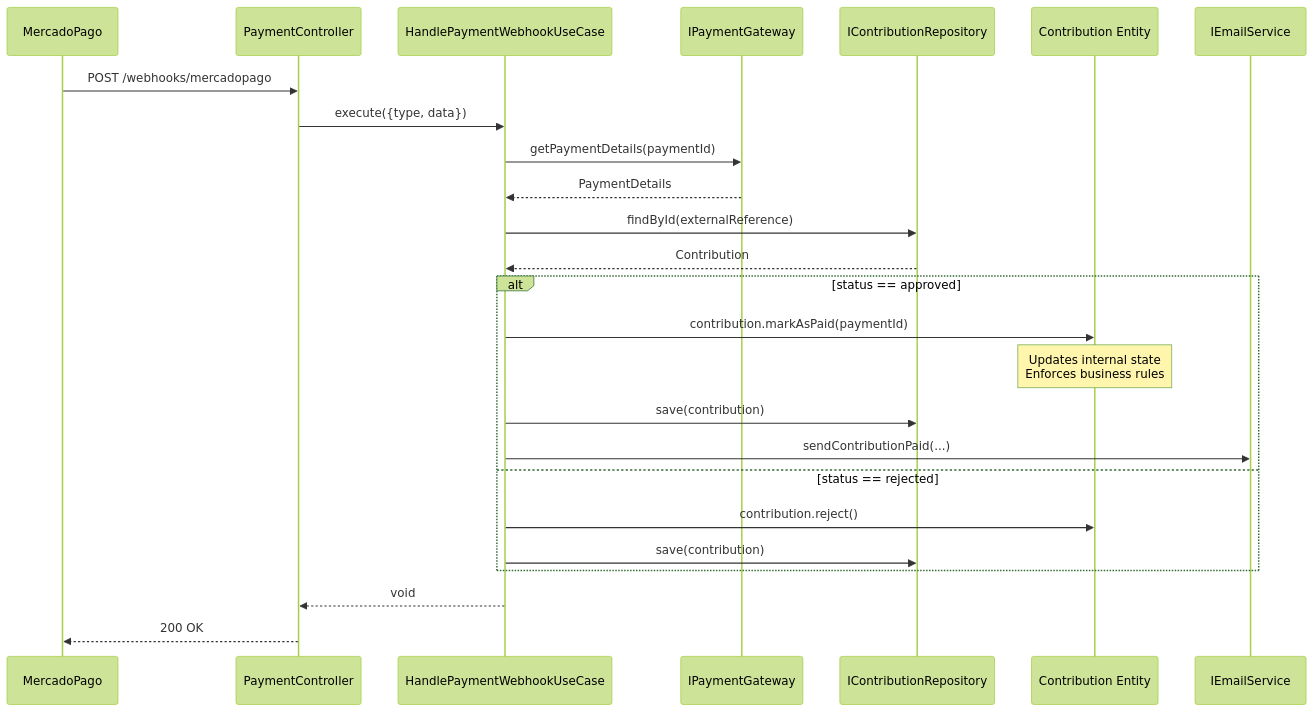
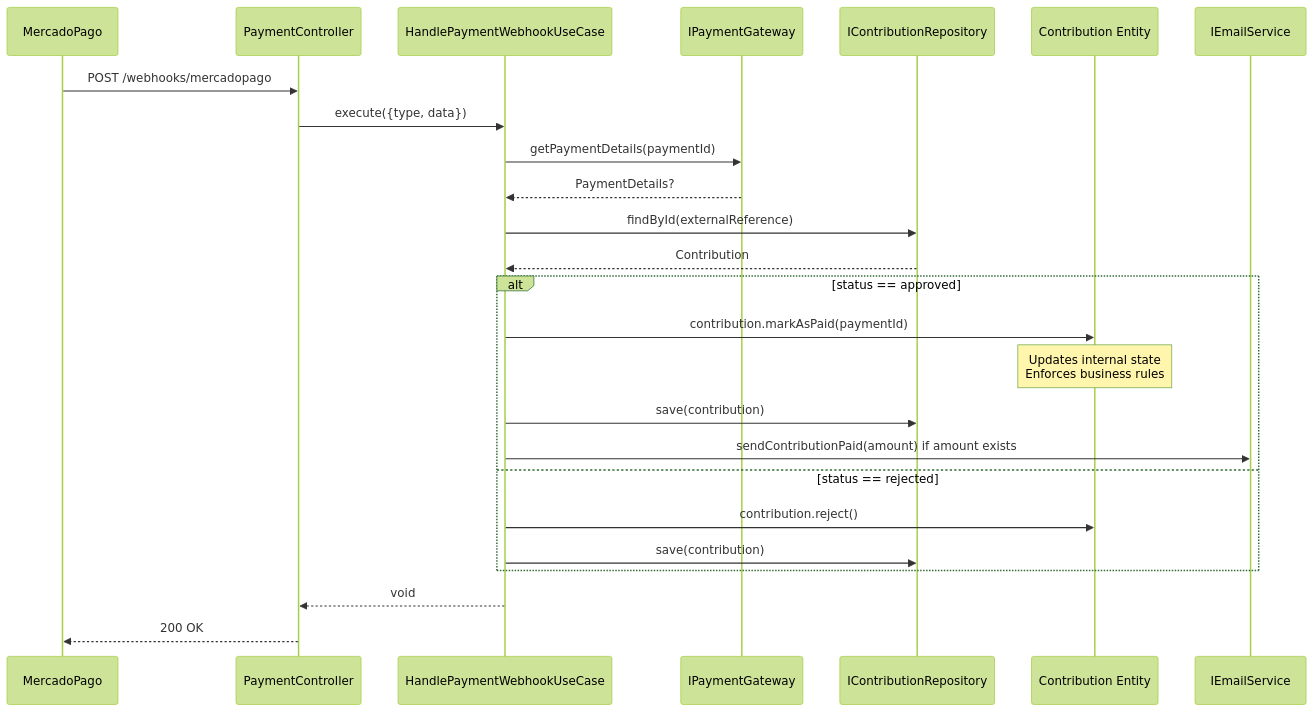
The third of 3 diagrams in docs/c4-codigo-pagos.md (jagoss/wedding-gifts), drawn with Mermaid (forest theme) before and after one commit. The commit also changed other lines of this file and 3 other files, not shown here.

Commit message:
Refactor architecture diagrams for clarity and consistency. Updated terminology in flowcharts, improved descriptions of components, and added missing use cases for contributions and payments. Enhanced documentation structure to better reflect the Clean Architecture principles.

````diff
--- a/docs/c4-codigo-pagos.md
+++ b/docs/c4-codigo-pagos.md
@@ -245,32 +257,32 @@
 ```mermaid
 sequenceDiagram
     participant MP as MercadoPago
     participant Ctrl as PaymentController
     participant UC as HandlePaymentWebhookUseCase
     participant PG as IPaymentGateway
     participant CRepo as IContributionRepository
     participant Entity as Contribution Entity
     participant Email as IEmailService
 
     MP->>Ctrl: POST /webhooks/mercadopago
     Ctrl->>UC: execute({type, data})
     
     UC->>PG: getPaymentDetails(paymentId)
-    PG-->>UC: PaymentDetails
+    PG-->>UC: PaymentDetails?
     
     UC->>CRepo: findById(externalReference)
     CRepo-->>UC: Contribution
     
     alt status == approved
         UC->>Entity: contribution.markAsPaid(paymentId)
         Note over Entity: Updates internal state<br/>Enforces business rules
         UC->>CRepo: save(contribution)
-        UC->>Email: sendContributionPaid(...)
+        UC->>Email: sendContributionPaid(amount) if amount exists
     else status == rejected
         UC->>Entity: contribution.reject()
         UC->>CRepo: save(contribution)
     end
     
     UC-->>Ctrl: void
     Ctrl-->>MP: 200 OK
 ```
````
